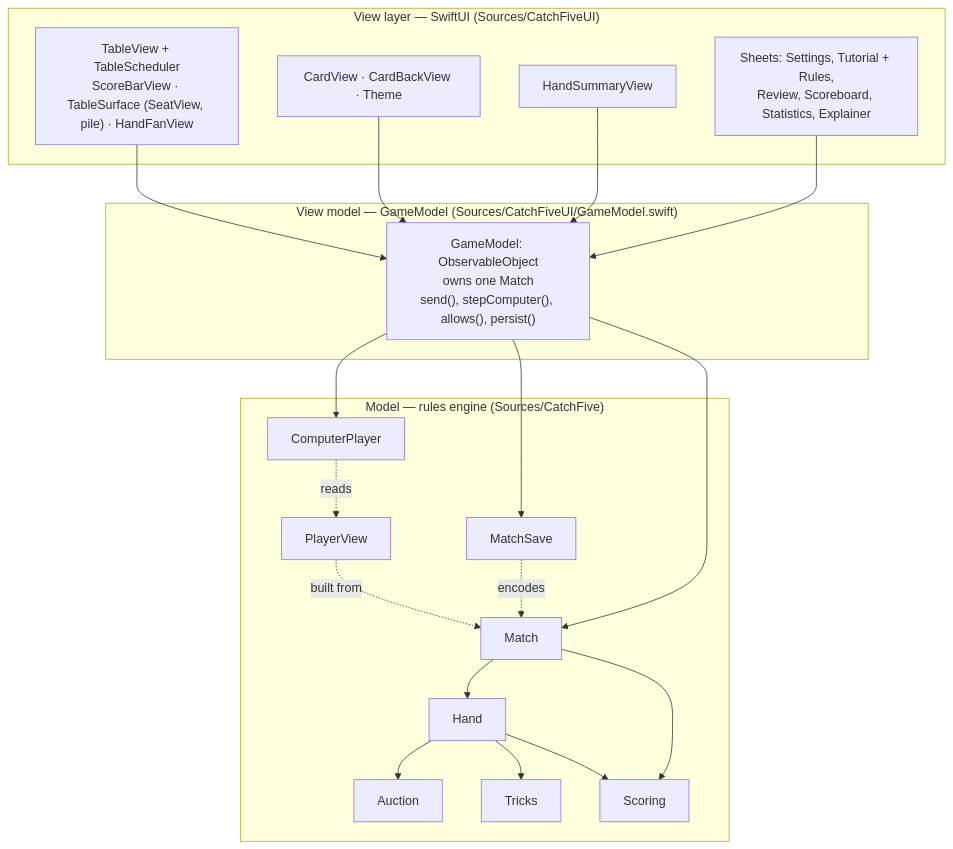
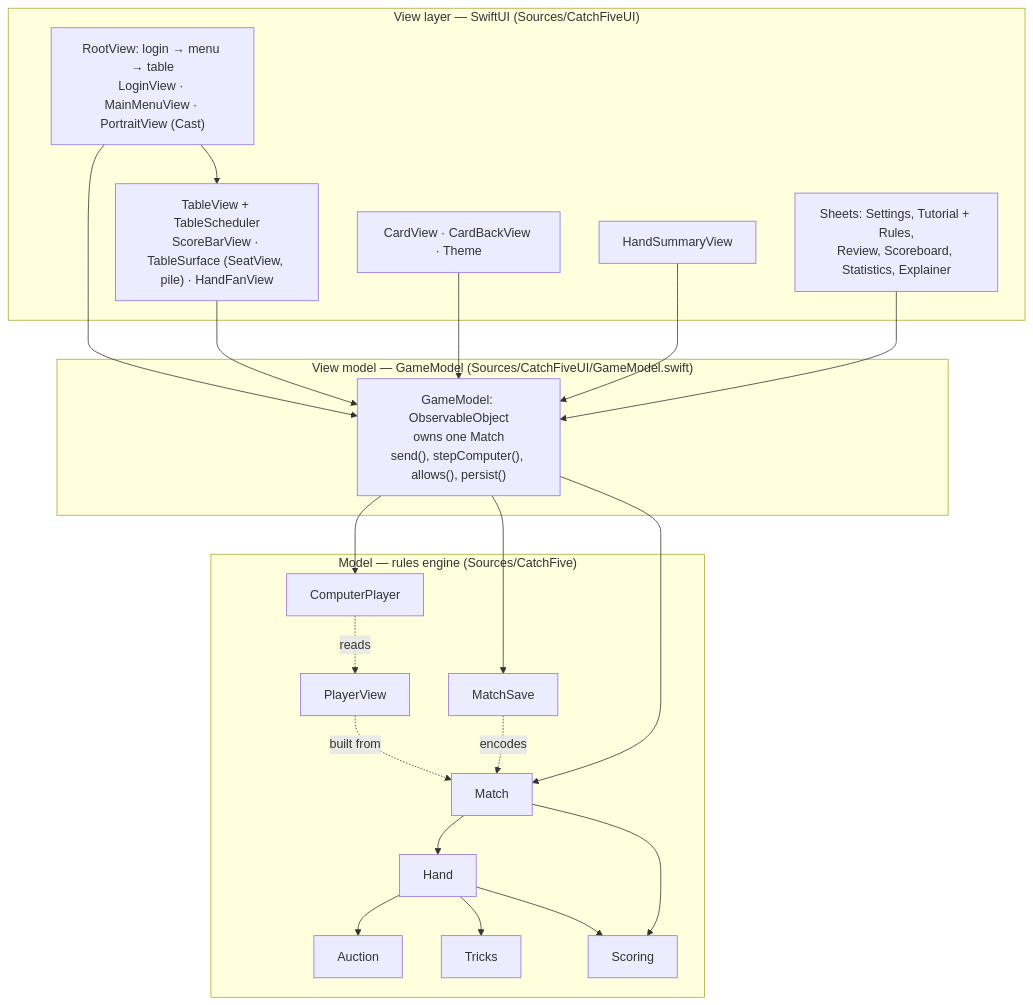
The first of 4 diagrams in docs/architecture.md (cmurphy1140/catch-5), drawn with Mermaid before and after one commit. The commit also changed other lines of this file and 4 other files, not shown here.

First line of the commit message:
docs: cast, login and menu; decision D35

````diff
--- a/docs/architecture.md
+++ b/docs/architecture.md
@@ -5,29 +5,32 @@
 ```mermaid
 flowchart TB
     subgraph View["View layer — SwiftUI (Sources/CatchFiveUI)"]
+        RV["RootView: login → menu → table<br/>LoginView · MainMenuView · PortraitView (Cast)"]
         TV["TableView + TableScheduler<br/>ScoreBarView · TableSurface (SeatView, pile) · HandFanView"]
         CV["CardView · CardBackView · Theme"]
         HS[HandSummaryView]
         SH["Sheets: Settings, Tutorial + Rules,<br/>Review, Scoreboard, Statistics, Explainer"]
     end
     subgraph VM["View model — GameModel (Sources/CatchFiveUI/GameModel.swift)"]
         GM["GameModel: ObservableObject<br/>owns one Match<br/>send(), stepComputer(), allows(), persist()"]
     end
     subgraph Model["Model — rules engine (Sources/CatchFive)"]
         M[Match] --> H[Hand]
         H --> AU[Auction]
         H --> TR[Tricks]
         H --> SC[Scoring]
         M --> SC
         CP[ComputerPlayer] -. reads .-> PV[PlayerView]
         PV -. built from .-> M
         MS[MatchSave] -. encodes .-> M
     end
+    RV --> TV
+    RV --> GM
     TV --> GM
     CV --> GM
     HS --> GM
     SH --> GM
     GM --> M
     GM --> CP
     GM --> MS
 ```
````
